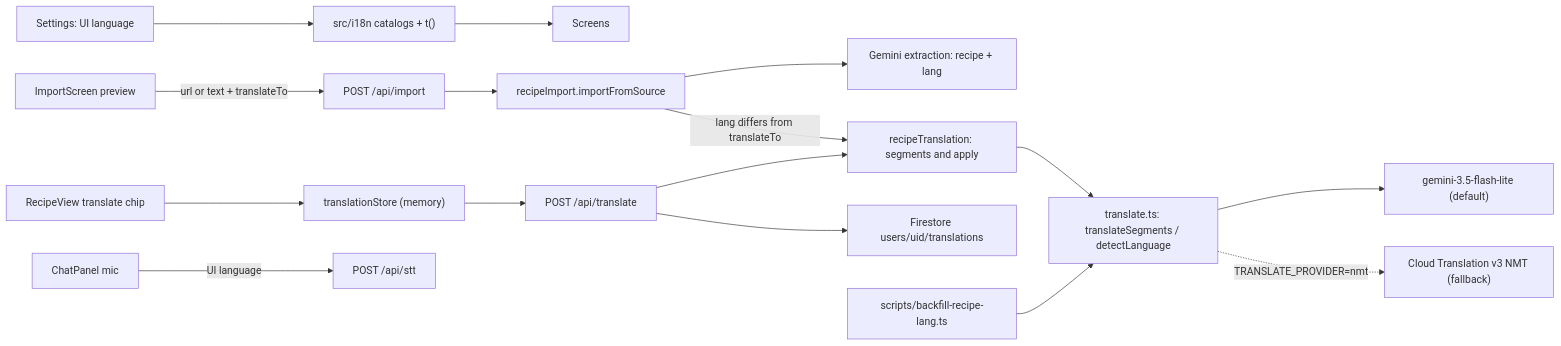
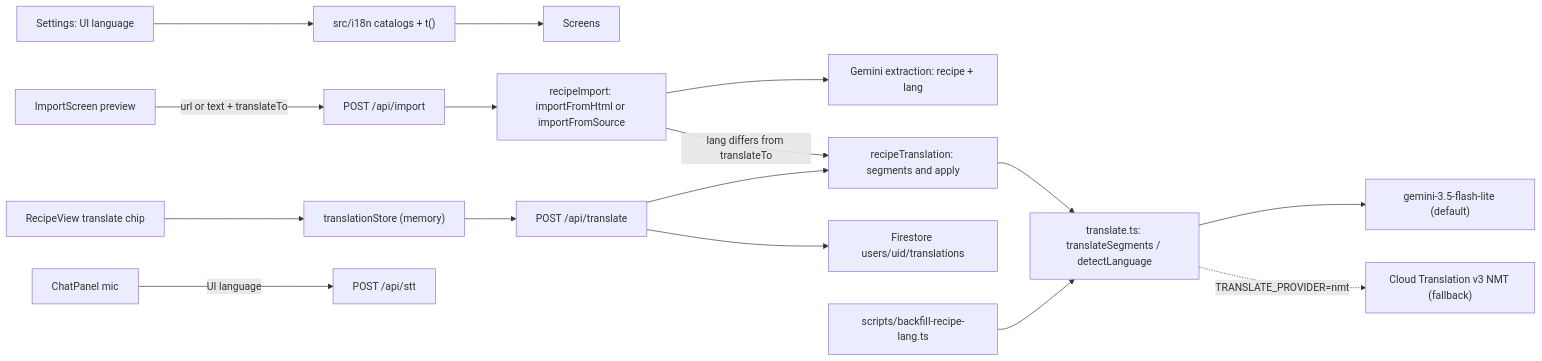
Before and after one commit to Bluefire2/cook: the diagram in docs/plans/i18n.md, drawn with Mermaid. The commit also changed other lines of this file and 1 other file, not shown here.

Commit message:
i18n plan: fold in review findings (zh script mapping, import threading, form/chat lang paths, local latency, read-only review, translate hardening)

````diff
--- a/docs/plans/i18n.md
+++ b/docs/plans/i18n.md
@@ -235,18 +269,18 @@
 ```mermaid
 flowchart LR
   Settings["Settings: UI language"] --> I18n["src/i18n catalogs + t()"]
   I18n --> Screens
   ImportScreen["ImportScreen preview"] -->|"url or text + translateTo"| ImportRoute["POST /api/import"]
-  ImportRoute --> Pipeline["recipeImport.importFromSource"]
+  ImportRoute --> Pipeline["recipeImport: importFromHtml or importFromSource"]
   Pipeline --> Extract["Gemini extraction: recipe + lang"]
   Pipeline -->|"lang differs from translateTo"| Segments["recipeTranslation: segments and apply"]
   View["RecipeView translate chip"] --> TStore["translationStore (memory)"]
   TStore --> TApi["POST /api/translate"]
   TApi --> Cache["Firestore users/uid/translations"]
   TApi --> Segments
   Segments --> Translator["translate.ts: translateSegments / detectLanguage"]
   Translator --> GeminiT["gemini-3.5-flash-lite (default)"]
   Translator -.->|"TRANSLATE_PROVIDER=nmt"| NMT["Cloud Translation v3 NMT (fallback)"]
   Backfill["scripts/backfill-recipe-lang.ts"] --> Translator
   Mic["ChatPanel mic"] -->|"UI language"| Stt["POST /api/stt"]
 ```
````
